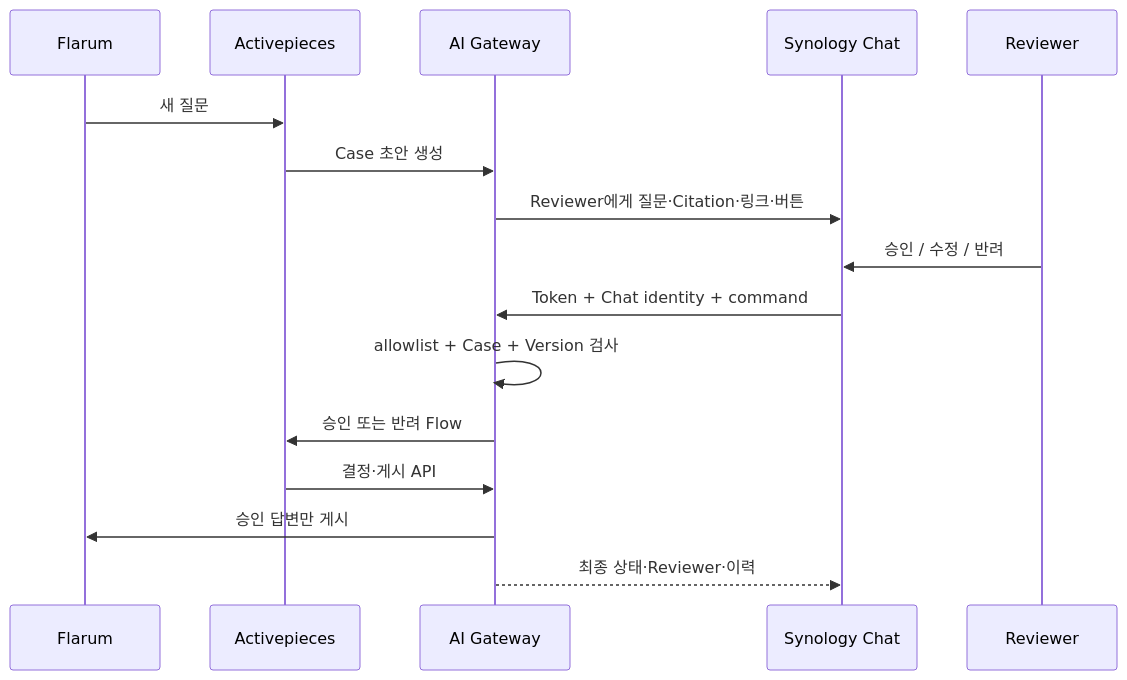
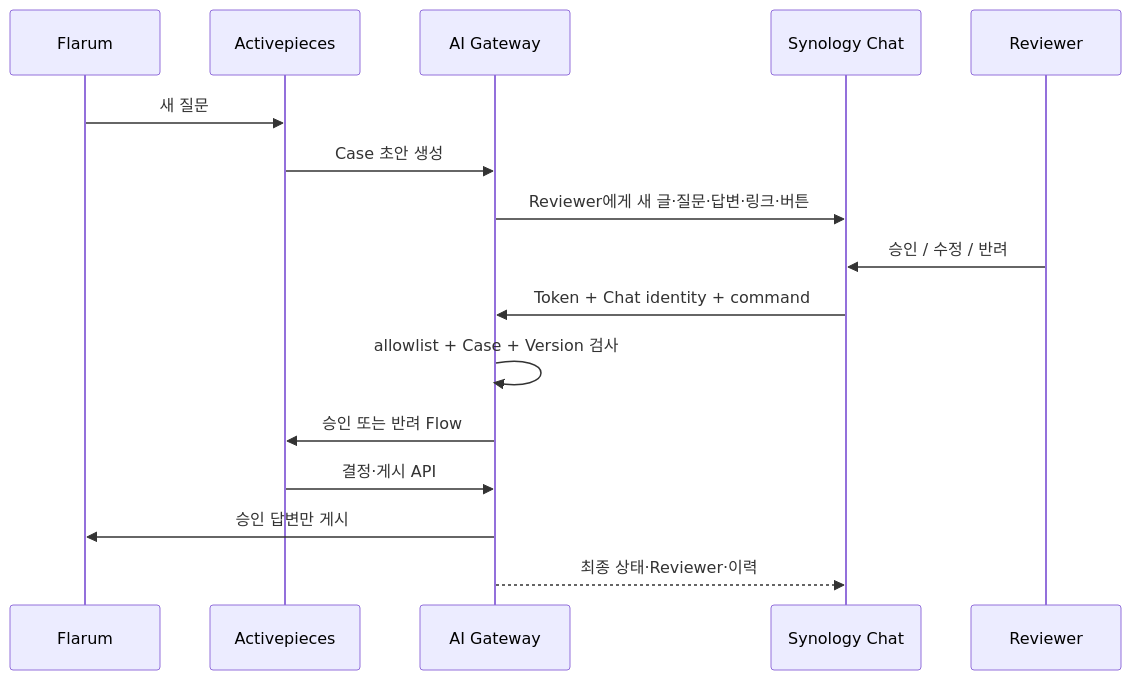
The diagram in docs/reports/issue-22-chat-community-approval-validation.md (ablecloud-team/ablestack-techflow), drawn with Mermaid before and after one commit. The commit also changed other lines of this file and 25 other files, not shown here.

````diff
--- a/docs/reports/issue-22-chat-community-approval-validation.md
+++ b/docs/reports/issue-22-chat-community-approval-validation.md
@@ -29,19 +30,19 @@
 ```mermaid
 sequenceDiagram
     participant F as Flarum
     participant AP as Activepieces
     participant G as AI Gateway
     participant C as Synology Chat
     participant R as Reviewer
 
     F->>AP: 새 질문
     AP->>G: Case 초안 생성
-    G->>C: Reviewer에게 질문·Citation·링크·버튼
+    G->>C: Reviewer에게 새 글·질문·답변·링크·버튼
     R->>C: 승인 / 수정 / 반려
     C->>G: Token + Chat identity + command
     G->>G: allowlist + Case + Version 검사
     G->>AP: 승인 또는 반려 Flow
     AP->>G: 결정·게시 API
     G->>F: 승인 답변만 게시
     G-->>C: 최종 상태·Reviewer·이력
 ```
````
